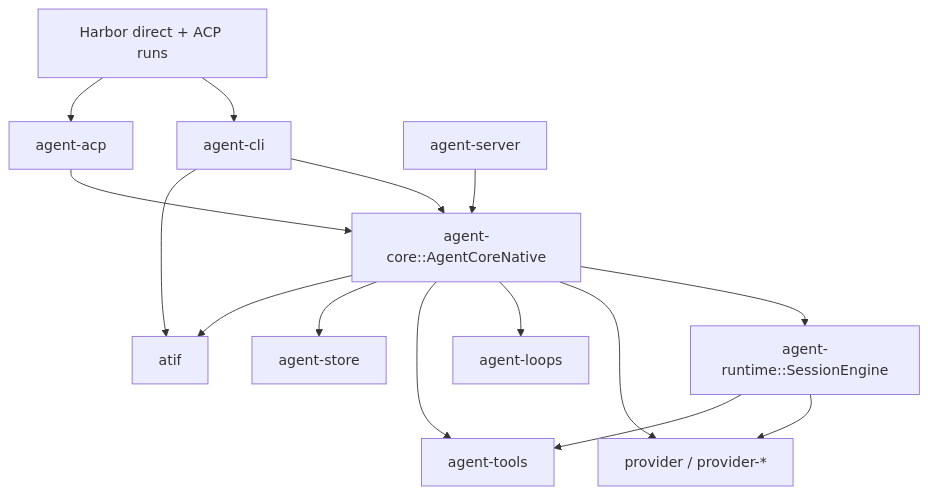
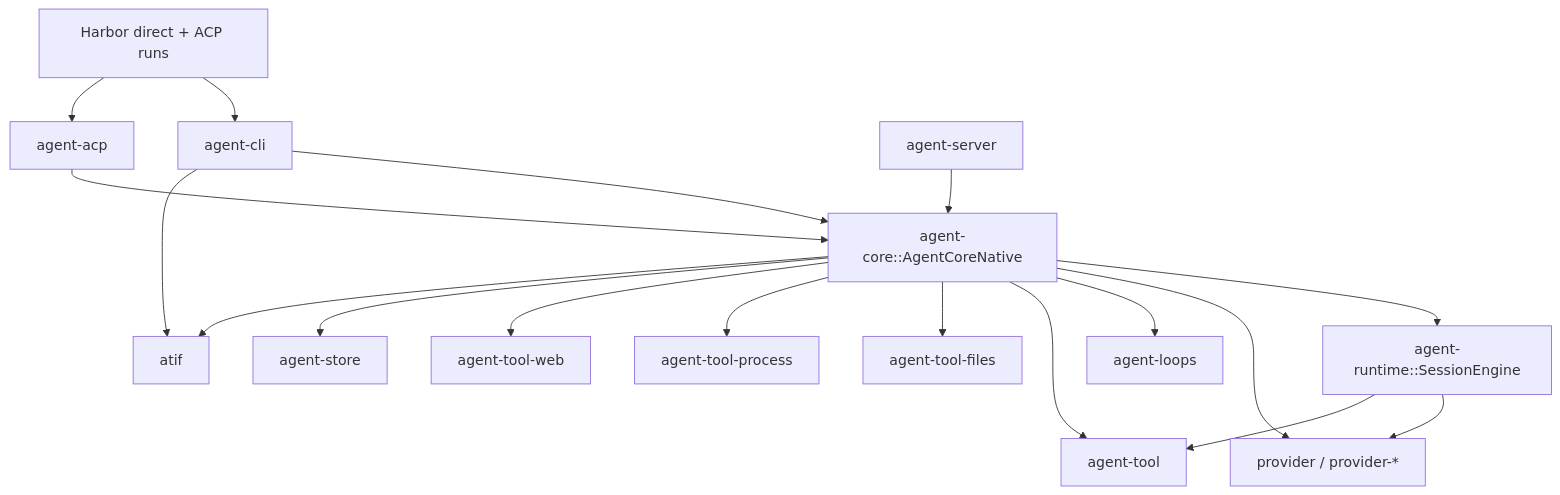
One commit to leto-labs/leto changed the first of 2 diagrams in docs/architecture/README.md. Above: the diagram before and after it, drawn with Mermaid. The commit also changed other lines of this file and 209 other files, not shown here.

````diff
--- a/docs/architecture/README.md
+++ b/docs/architecture/README.md
@@ -20,30 +20,36 @@
 ```mermaid
 flowchart TD
     CLI[agent-cli]
     ACP[agent-acp]
     Harbor[Harbor direct + ACP runs]
     Server[agent-server]
     Core[agent-core::AgentCoreNative]
     Session[agent-runtime::SessionEngine]
 
     Provider[provider / provider-*]
     Loops[agent-loops]
-    Tools[agent-tools]
+    ToolSdk[agent-tool]
+    ToolFiles[agent-tool-files]
+    ToolProcess[agent-tool-process]
+    ToolWeb[agent-tool-web]
     Store[agent-store]
     Atif[atif]
 
     CLI --> Core
     CLI --> Atif
     ACP --> Core
     Server --> Core
     Harbor --> CLI
     Harbor --> ACP
     Core --> Session
     Core --> Provider
     Core --> Loops
-    Core --> Tools
+    Core --> ToolSdk
+    Core --> ToolFiles
+    Core --> ToolProcess
+    Core --> ToolWeb
     Core --> Store
     Core --> Atif
     Session --> Provider
-    Session --> Tools
+    Session --> ToolSdk
 ```
````
